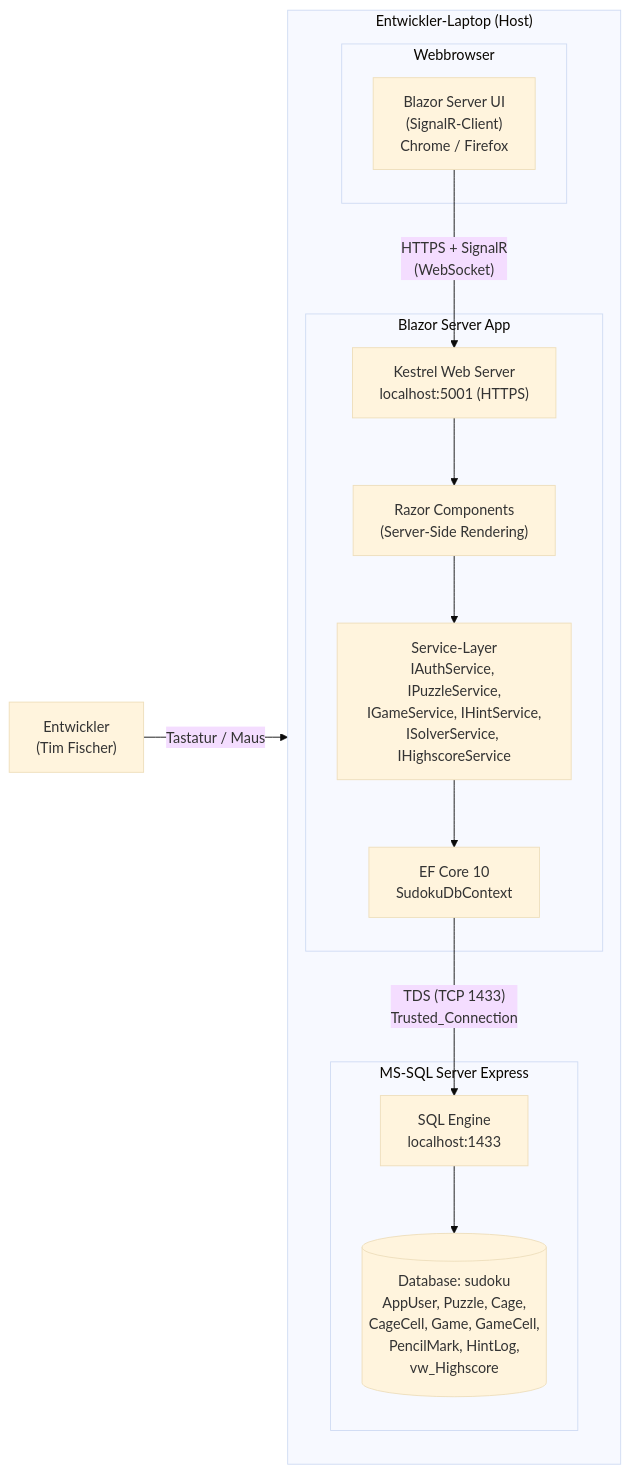
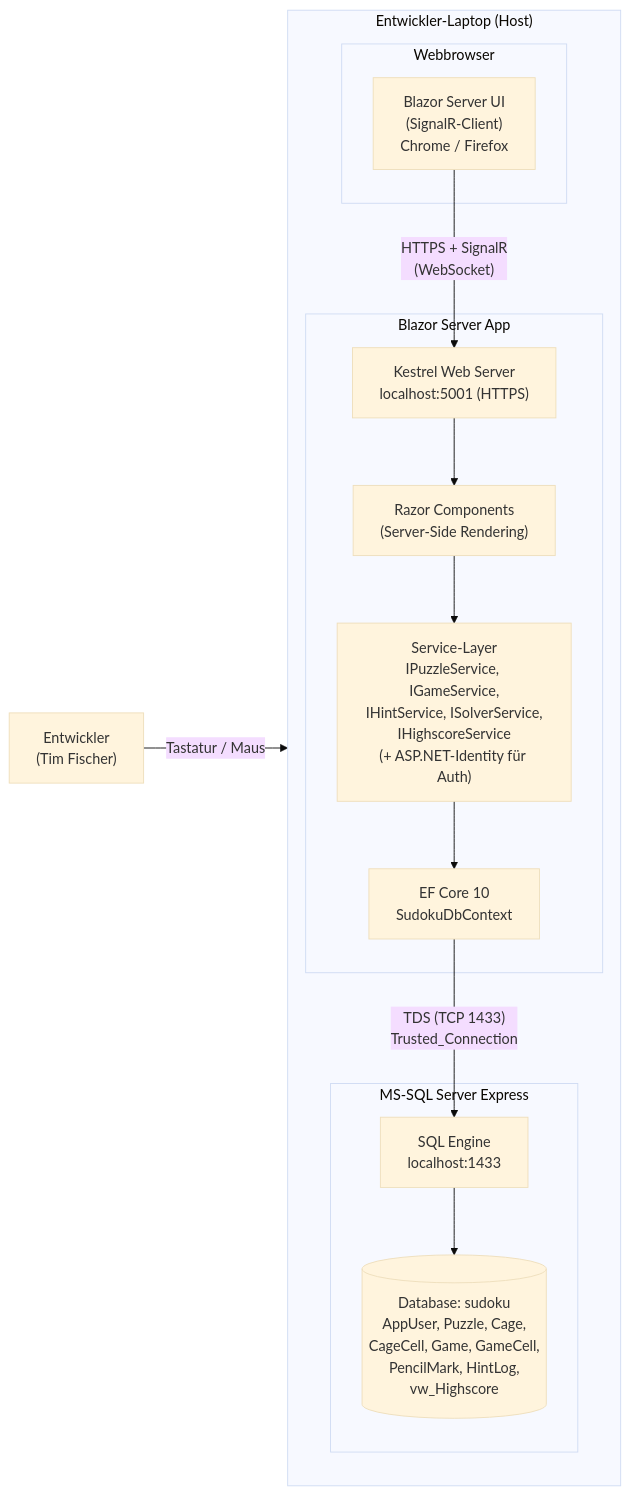
The first of 3 diagrams in docs/arc42_pdf/07-deployment.md (Tim-Fischer-zh/skillsbattle), drawn with Mermaid (base theme) before and after one commit. The commit also changed other lines of this file and 19 other files, not shown here.

````diff
--- a/docs/arc42_pdf/07-deployment.md
+++ b/docs/arc42_pdf/07-deployment.md
@@ -14,31 +14,31 @@
 ```mermaid
 flowchart LR
  subgraph Laptop["Entwickler-Laptop (Host)"]
  direction TB
 
  subgraph Browser["Webbrowser"]
  UI["Blazor Server UI<br/>(SignalR-Client)<br/>Chrome / Firefox"]
  end
 
  subgraph App["Blazor Server App"]
  Kestrel["Kestrel Web Server<br/>localhost:5001 (HTTPS)"]
  Components["Razor Components<br/>(Server-Side Rendering)"]
- Services["Service-Layer<br/>IAuthService, IPuzzleService,<br/>IGameService, IHintService,<br/>ISolverService, IHighscoreService"]
+ Services["Service-Layer<br/>IPuzzleService, IGameService,<br/>IHintService, ISolverService,<br/>IHighscoreService<br/>(+ ASP.NET-Identity für Auth)"]
  EF["EF Core 10<br/>SudokuDbContext"]
  Kestrel --> Components
  Components --> Services
  Services --> EF
  end
 
  subgraph DB["MS-SQL Server Express"]
  Engine["SQL Engine<br/>localhost:1433"]
  SudokuDB[("Database: sudoku<br/>AppUser, Puzzle, Cage,<br/>CageCell, Game, GameCell,<br/>PencilMark, HintLog,<br/>vw_Highscore")]
  Engine --> SudokuDB
  end
 
  UI -->|"HTTPS + SignalR<br/>(WebSocket)"| Kestrel
  EF -->|"TDS (TCP 1433)<br/>Trusted_Connection"| Engine
  end
 
  Dev["Entwickler<br/>(Tim Fischer)"] -->|"Tastatur / Maus"| Browser
 ```
````
